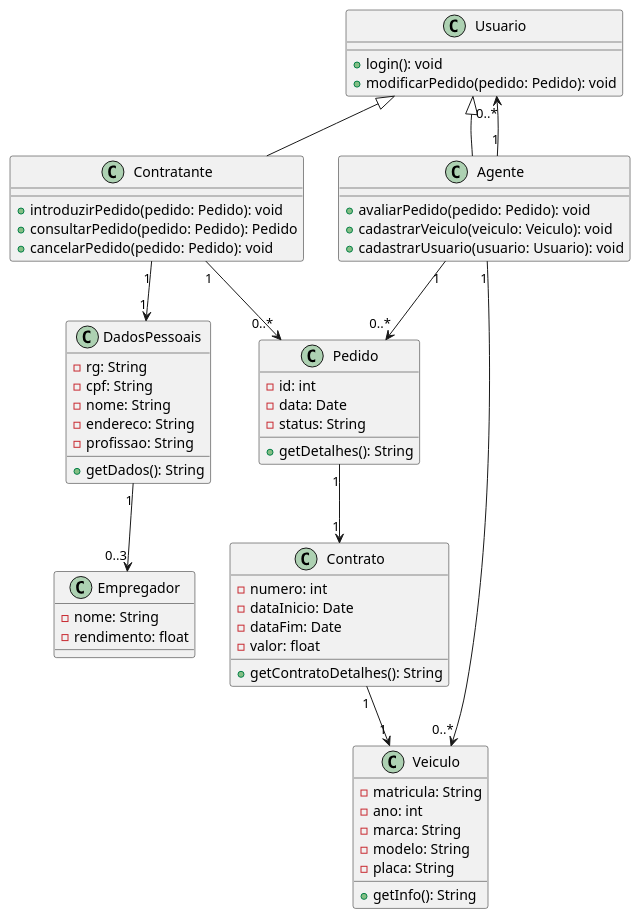
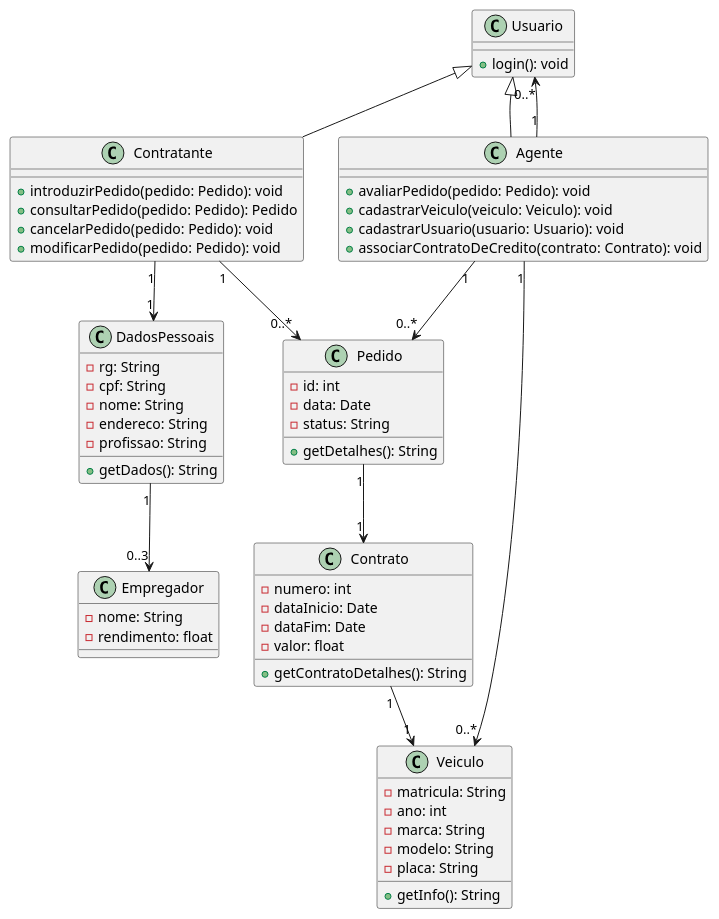
One commit to diascw/sistema-aluguel-de-carros changed the diagram in projeto/Diagramas/diagrama-de-classes.puml. Above: the diagram before and after it, drawn with PlantUML. The commit also changed 3 other files, not shown here.

Commit message:
atualização dos diagramas

```diff
--- a/projeto/Diagramas/diagrama-de-classes.puml
+++ b/projeto/Diagramas/diagrama-de-classes.puml
@@ -1,69 +1,70 @@
 @startuml
 
 class Usuario {
     +login(): void
-    +modificarPedido(pedido: Pedido): void
 }
 
 class Contratante {
     +introduzirPedido(pedido: Pedido): void
     +consultarPedido(pedido: Pedido): Pedido
     +cancelarPedido(pedido: Pedido): void
+    +modificarPedido(pedido: Pedido): void
 }
 
 class Agente {
     +avaliarPedido(pedido: Pedido): void
     +cadastrarVeiculo(veiculo: Veiculo): void
     +cadastrarUsuario(usuario: Usuario): void
+    +associarContratoDeCredito(contrato: Contrato): void
 }
 
 class Pedido {
     -id: int
     -data: Date
     -status: String
     +getDetalhes(): String
 }
 
 class Veiculo {
     -matricula: String
     -ano: int
     -marca: String
     -modelo: String
     -placa: String
     +getInfo(): String
 }
 
 class Contrato {
     -numero: int
     -dataInicio: Date
     -dataFim: Date
     -valor: float
     +getContratoDetalhes(): String
 }
 
 class DadosPessoais {
     -rg: String
     -cpf: String
     -nome: String
     -endereco: String
     -profissao: String
     +getDados(): String
 }
 
 class Empregador {
     -nome: String
     -rendimento: float
 }
 
 Usuario <|-- Contratante
 Usuario <|-- Agente
+
 Contratante "1" --> "0..*" Pedido
 Agente "1" --> "0..*" Pedido
 Agente "1" --> "0..*" Veiculo
 Agente "1" --> "0..*" Usuario
 Pedido "1" --> "1" Contrato
 Contratante "1" --> "1" DadosPessoais
 DadosPessoais "1" --> "0..3" Empregador
 Contrato "1" --> "1" Veiculo
-
 @enduml
```
